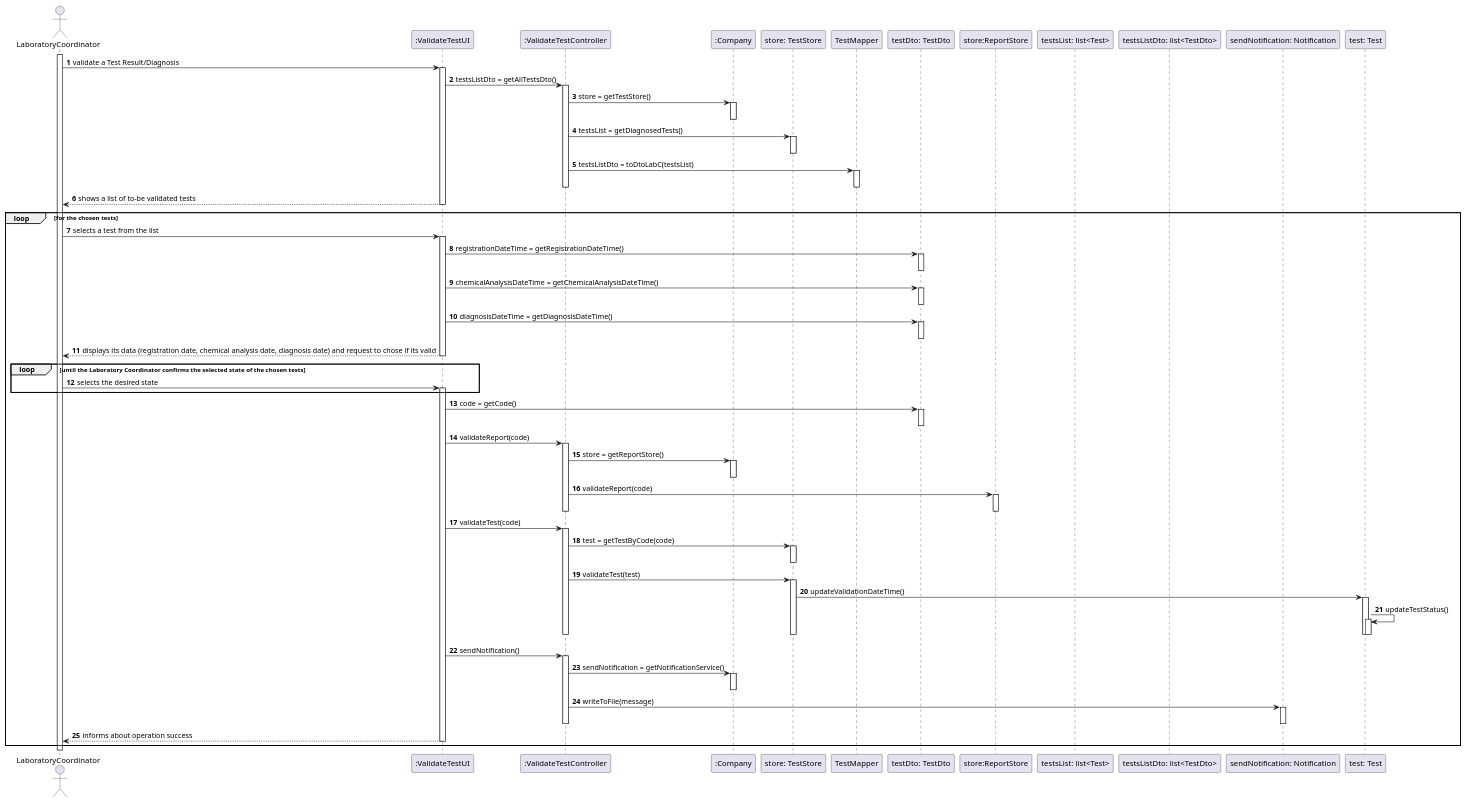
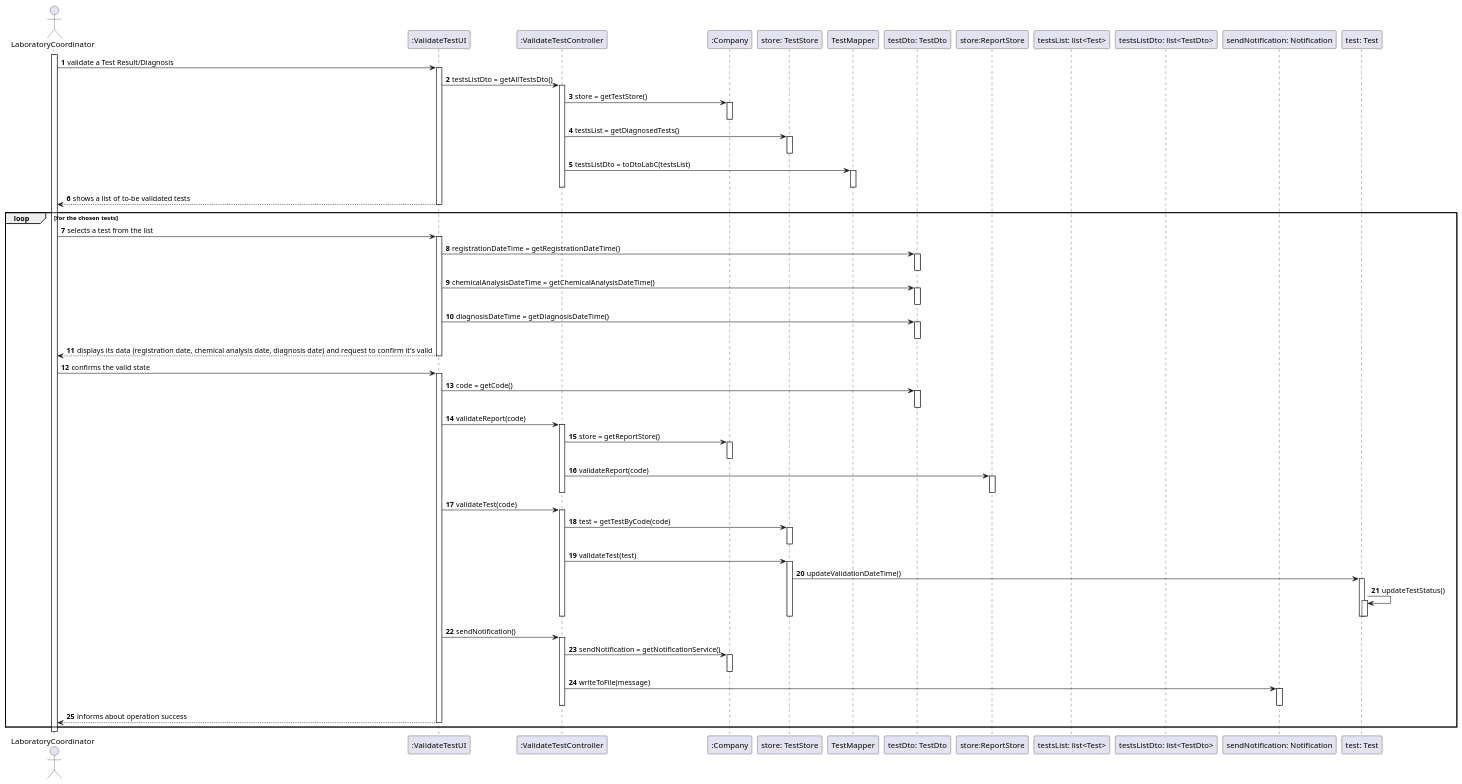
One commit to 0franciscor/lei-21-s2-1de-g19 changed the diagram in docs/SprintC/US15/US15-SD.puml. Above: the diagram before and after it, drawn with PlantUML. The commit also changed 5 other files, not shown here.

```diff
--- a/docs/SprintC/US15/US15-SD.puml
+++ b/docs/SprintC/US15/US15-SD.puml
@@ -1,149 +1,145 @@
 @startuml
 autonumber
 
 actor "LaboratoryCoordinator" as labC
 activate labC
 
 participant ":ValidateTestUI" as validateTestUI
 participant ":ValidateTestController" as validateTestCont
 participant ":Company" as comp
 participant "store: TestStore" as TestStore
 participant "TestMapper" as TestMapper
 participant "testDto: TestDto" as TestDto
 participant "store:ReportStore" as ReportStore
 participant "testsList: list<Test>" as testsList
 participant "testsListDto: list<TestDto>" as testsListDto
 participant "sendNotification: Notification" as notification
 participant "test: Test" as test
 
 
 labC -> validateTestUI : validate a Test Result/Diagnosis
 
 
 activate validateTestUI
 validateTestUI -> validateTestCont: testsListDto = getAllTestsDto()
 
 
 activate validateTestCont
 
 
 validateTestCont -> comp : store = getTestStore()
 activate comp
 deactivate comp
 
 
 validateTestCont -> TestStore : testsList = getDiagnosedTests()
 activate TestStore
 deactivate TestStore
 
 
 validateTestCont -> TestMapper : testsListDto = toDtoLabC(testsList)
 activate TestMapper
 deactivate TestMapper
 
 
 deactivate validateTestCont
 
 
 validateTestUI --> labC : shows a list of to-be validated tests
 deactivate validateTestUI
 
 
 loop for the chosen tests
 labC -> validateTestUI : selects a test from the list
 activate validateTestUI
 
 
 validateTestUI -> TestDto : registrationDateTime = getRegistrationDateTime()
 activate TestDto
 deactivate TestDto
 
 
 validateTestUI -> TestDto : chemicalAnalysisDateTime = getChemicalAnalysisDateTime()
 activate TestDto
 deactivate TestDto
 
 
 validateTestUI -> TestDto : diagnosisDateTime = getDiagnosisDateTime()
 activate TestDto
 deactivate TestDto
 
 
-validateTestUI --> labC : displays its data (registration date, chemical analysis date, diagnosis date) and request to chose if its valid
+validateTestUI --> labC : displays its data (registration date, chemical analysis date, diagnosis date) and request to confirm it's valid
 deactivate validateTestUI
 
 
 deactivate validateTestUI
 
 
-loop until the Laboratory Coordinator confirms the selected state of the chosen tests
-labC -> validateTestUI : selects the desired state
+labC -> validateTestUI : confirms the valid state
 activate validateTestUI
-
-
-end
 
 
 validateTestUI -> TestDto : code = getCode()
 activate TestDto
 deactivate TestDto
 
 
 validateTestUI -> validateTestCont : validateReport(code)
 
 
 
 activate validateTestCont
 validateTestCont -> comp: store = getReportStore()
 activate comp
 deactivate comp
 
 
 validateTestCont -> ReportStore : validateReport(code)
 activate ReportStore
 deactivate ReportStore
 deactivate validateTestCont
 
 validateTestUI -> validateTestCont : validateTest(code)
 activate validateTestCont
 
 
 validateTestCont -> TestStore : test = getTestByCode(code)
 
 activate TestStore
 deactivate TestStore
 
 validateTestCont -> TestStore : validateTest(test)
 activate TestStore
 
 
 TestStore -> test ++: updateValidationDateTime()
 
 
 test -> test ++: updateTestStatus()
 deactivate test
 deactivate test
 deactivate TestStore
 deactivate validateTestCont
 
 validateTestUI -> validateTestCont : sendNotification()
 activate validateTestCont
 
 
 validateTestCont -> comp: sendNotification = getNotificationService()
 activate comp
 deactivate comp
 
 
 validateTestCont -> notification: writeToFile(message)
 activate notification
 deactivate notification
 deactivate validateTestCont
 
 
 validateTestUI --> labC : informs about operation success
 deactivate validateTestCont
 deactivate validateTestUI
 
 end
 @enduml
```
